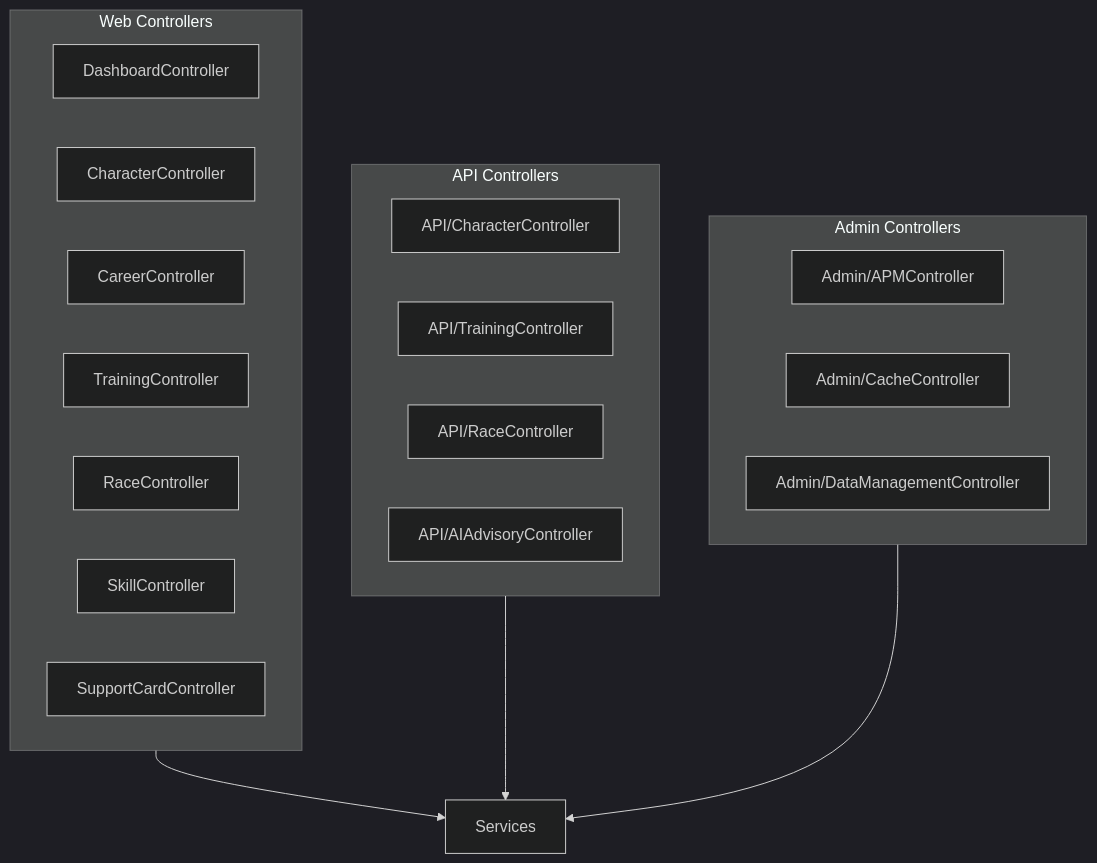
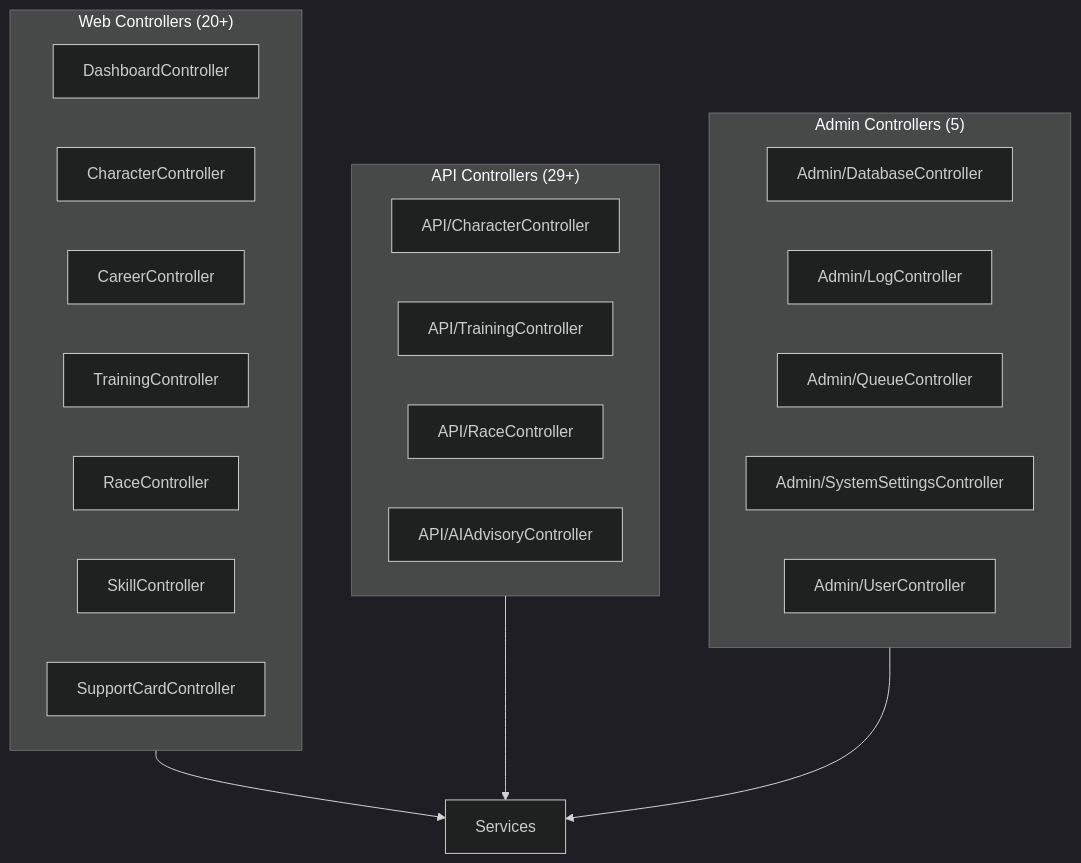
Before and after one commit to exatfrds67/umamusume-career-planner: the second of 12 diagrams in docs/00-core-docs/004_SDS_Software_Design_Specifications.md, drawn with Mermaid (dark theme). The commit also changed other lines of this file and 111 other files, not shown here.

````diff
--- a/docs/00-core-docs/004_SDS_Software_Design_Specifications.md
+++ b/docs/00-core-docs/004_SDS_Software_Design_Specifications.md
@@ -153,29 +168,31 @@
 ```mermaid
 flowchart TD
-    subgraph WebControllers["Web Controllers"]
+    subgraph WebControllers["Web Controllers (20+)"]
         Dashboard["DashboardController"]
         Character["CharacterController"]
         Career["CareerController"]
         Training["TrainingController"]
         Race["RaceController"]
         Skill["SkillController"]
         SupportCard["SupportCardController"]
     end
     
-    subgraph APIControllers["API Controllers"]
+    subgraph APIControllers["API Controllers (29+)"]
         APICharacter["API/CharacterController"]
         APITraining["API/TrainingController"]
         APIRace["API/RaceController"]
         AIAI["API/AIAdvisoryController"]
     end
     
-    subgraph AdminControllers["Admin Controllers"]
-        APM["Admin/APMController"]
-        Cache["Admin/CacheController"]
-        DataMgmt["Admin/DataManagementController"]
+    subgraph AdminControllers["Admin Controllers (5)"]
+        APM["Admin/DatabaseController"]
+        Cache["Admin/LogController"]
+        DataMgmt["Admin/QueueController"]
+        SysSettings["Admin/SystemSettingsController"]
+        UserMgmt["Admin/UserController"]
     end
     
     WebControllers --> Services
     APIControllers --> Services
     AdminControllers --> Services
 ```
````
